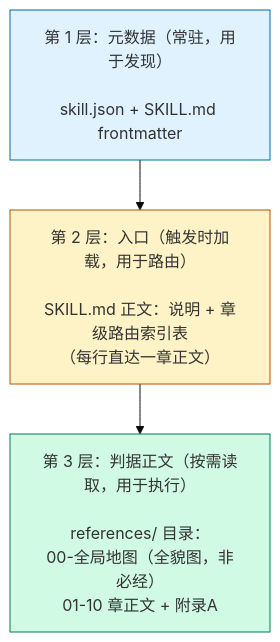
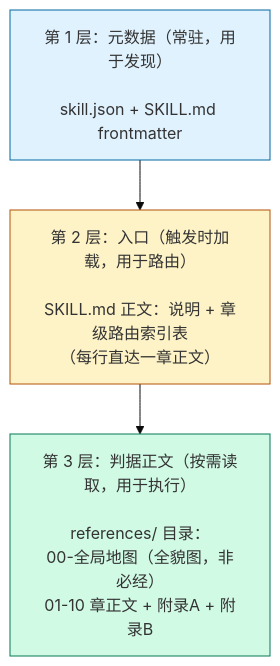
The first of 6 diagrams in docs/01-项目结构与流程图.md (LPK3215/agent-acceptance), drawn with Mermaid (base theme) before and after one commit. The commit also changed other lines of this file and 16 other files, not shown here.

````diff
--- a/docs/01-项目结构与流程图.md
+++ b/docs/01-项目结构与流程图.md
@@ -10,12 +10,12 @@
 ```mermaid
 graph TD
     L1["第 1 层：元数据（常驻，用于发现）<br/><br/>skill.json + SKILL.md frontmatter"]
     L2["第 2 层：入口（触发时加载，用于路由）<br/><br/>SKILL.md 正文：说明 + 章级路由索引表<br/>（每行直达一章正文）"]
-    L3["第 3 层：判据正文（按需读取，用于执行）<br/><br/>references/ 目录：<br/>00-全局地图（全貌图，非必经）<br/>01-10 章正文 + 附录A"]
+    L3["第 3 层：判据正文（按需读取，用于执行）<br/><br/>references/ 目录：<br/>00-全局地图（全貌图，非必经）<br/>01-10 章正文 + 附录A + 附录B"]
 
     L1 --> L2 --> L3
 
     style L1 fill:#e0f2fe,stroke:#0369a1
     style L2 fill:#fef3c7,stroke:#b45309
     style L3 fill:#d1fae5,stroke:#047857
 ```
````
